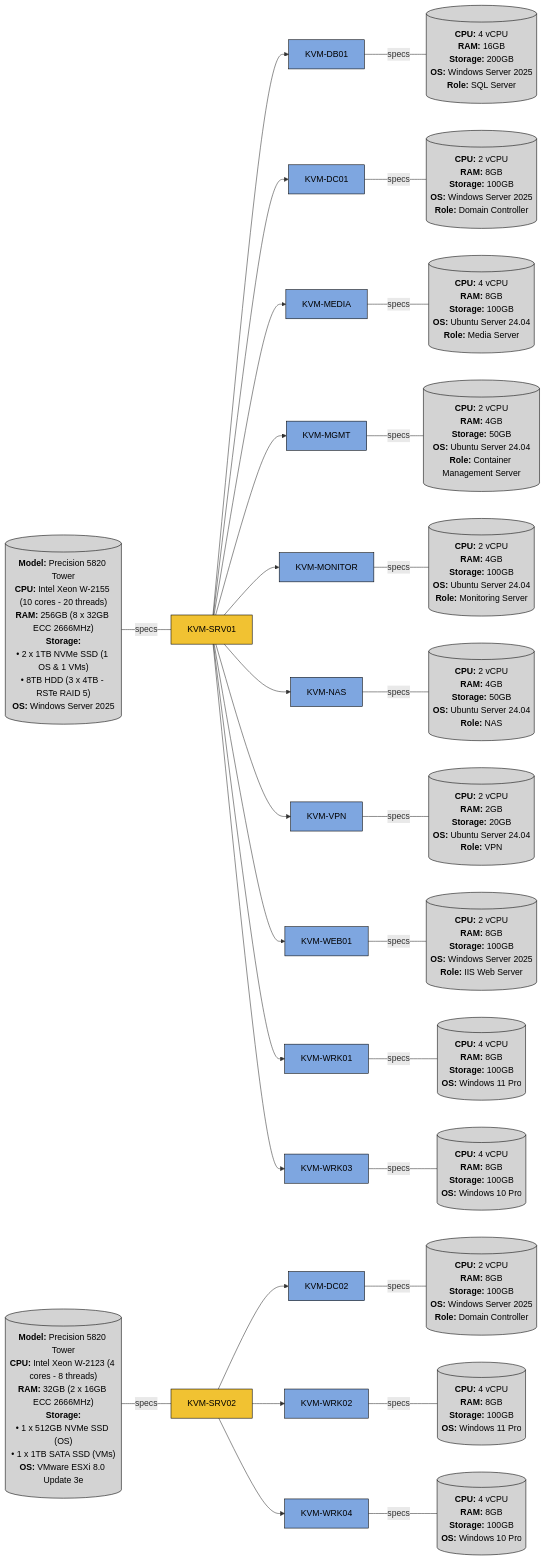
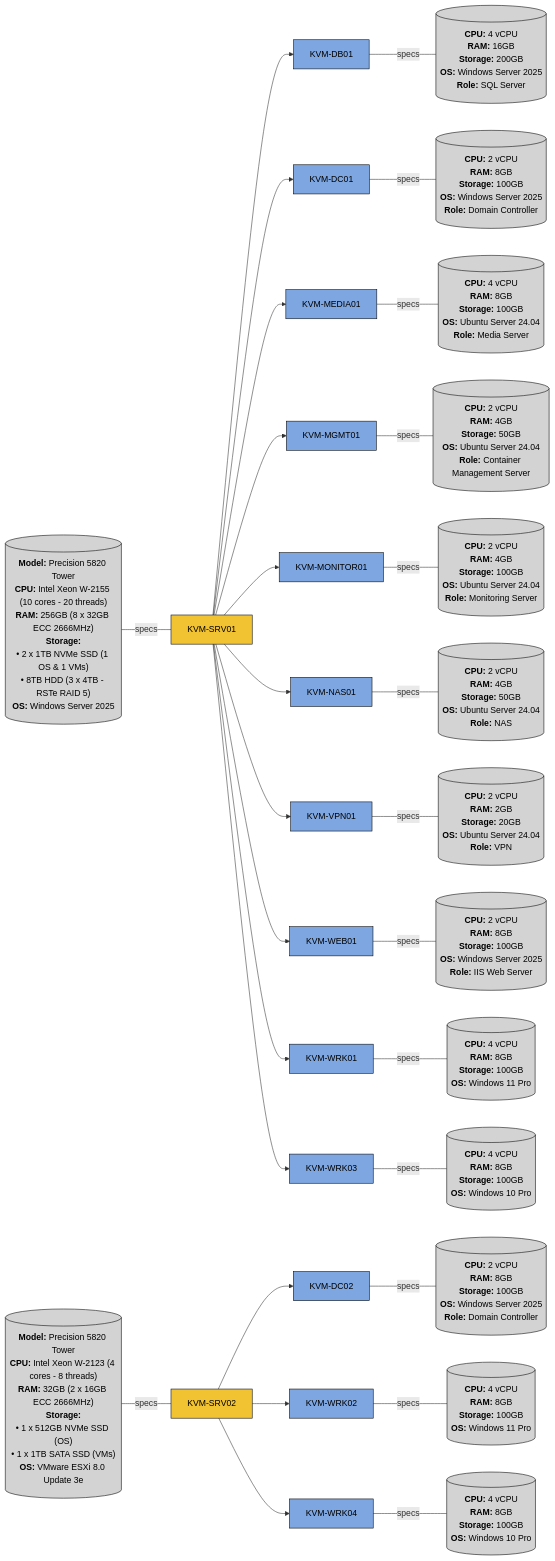
The diagram in README.md (khangvum/homelab-ansible-config), drawn with Mermaid before and after one commit. The commit also changed 7 other files, not shown here.

```diff
--- a/README.md
+++ b/README.md
@@ -34,27 +34,27 @@
                                                         **Storage:** 100GB
                                                         **OS:** Windows Server 2025
                                                         **Role:** Domain Controller`")]
-    SRV01 --> MEDIA[KVM-MEDIA] -- specs --- MEDIA_SPECS[("`**CPU:** 4 vCPU
+    SRV01 --> MEDIA[KVM-MEDIA01] -- specs --- MEDIA_SPECS[("`**CPU:** 4 vCPU
                                                         **RAM:** 8GB
                                                         **Storage:** 100GB 
                                                         **OS:** Ubuntu Server 24.04
                                                         **Role:** Media Server`")]
-    SRV01 --> MGMT[KVM-MGMT] -- specs --- MGMT_SPECS[("`**CPU:** 2 vCPU
+    SRV01 --> MGMT[KVM-MGMT01] -- specs --- MGMT_SPECS[("`**CPU:** 2 vCPU
                                                         **RAM:** 4GB
                                                         **Storage:** 50GB
                                                         **OS:** Ubuntu Server 24.04
                                                         **Role:** Container Management Server`")]
-    SRV01 --> MONITOR[KVM-MONITOR] -- specs --- MONITOR_SPECS[("`**CPU:** 2 vCPU
+    SRV01 --> MONITOR[KVM-MONITOR01] -- specs --- MONITOR_SPECS[("`**CPU:** 2 vCPU
                                                                 **RAM:** 4GB
                                                                 **Storage:** 100GB
                                                                 **OS:** Ubuntu Server 24.04
                                                                 **Role:** Monitoring Server`")]
-    SRV01 --> NAS[KVM-NAS] -- specs --- NAS_SPECS[("`**CPU:** 2 vCPU
+    SRV01 --> NAS[KVM-NAS01] -- specs --- NAS_SPECS[("`**CPU:** 2 vCPU
                                                     **RAM:** 4GB
                                                     **Storage:** 50GB
                                                     **OS:** Ubuntu Server 24.04
                                                     **Role:** NAS`")]        
-    SRV01 --> VPN[KVM-VPN] -- specs --- VPN_SPECS[("`**CPU:** 2 vCPU
+    SRV01 --> VPN[KVM-VPN01] -- specs --- VPN_SPECS[("`**CPU:** 2 vCPU
                                                     **RAM:** 2GB
                                                     **Storage:** 20GB
                                                     **OS:** Ubuntu Server 24.04
```
